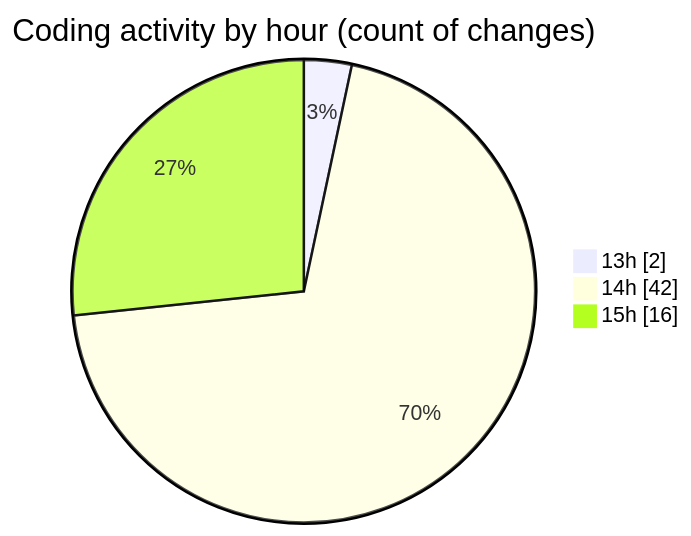
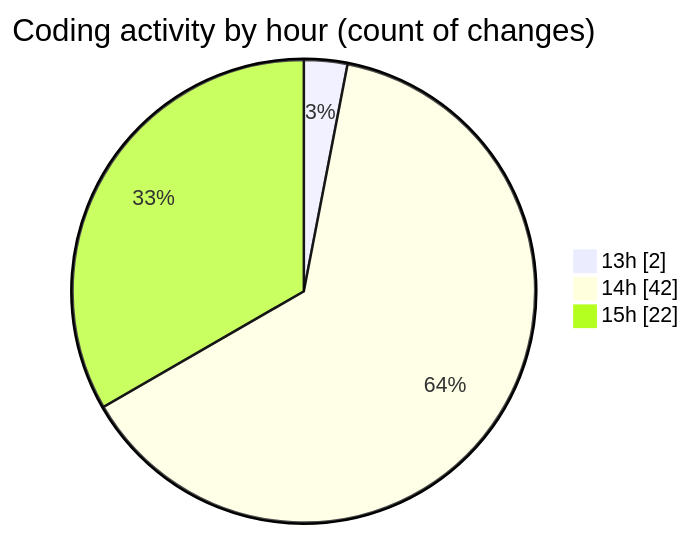
The second of 2 diagrams in 2025-05-31/nxtqube_webapp/README.md (nxtqubesakshisongat/code-tracking), drawn with Mermaid before and after one commit. The commit also changed other lines of this file and 1 other file, not shown here.

````diff
--- a/2025-05-31/nxtqube_webapp/README.md
+++ b/2025-05-31/nxtqube_webapp/README.md
@@ -33,7 +34,7 @@
 ```mermaid
 pie showData
 title Coding activity by hour (count of changes)
 "13h" : 2
 "14h" : 42
-"15h" : 16
+"15h" : 22
 ```
````
